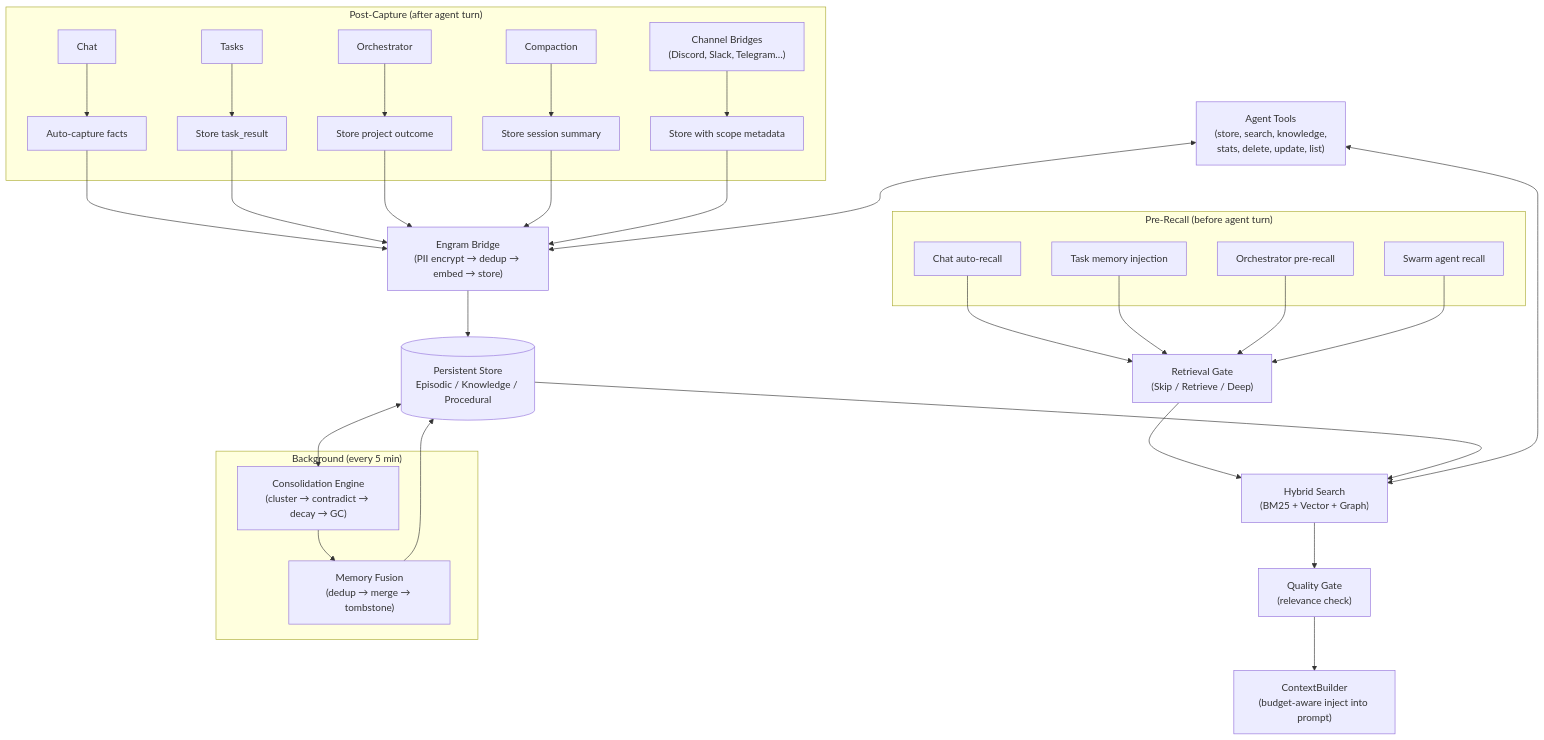
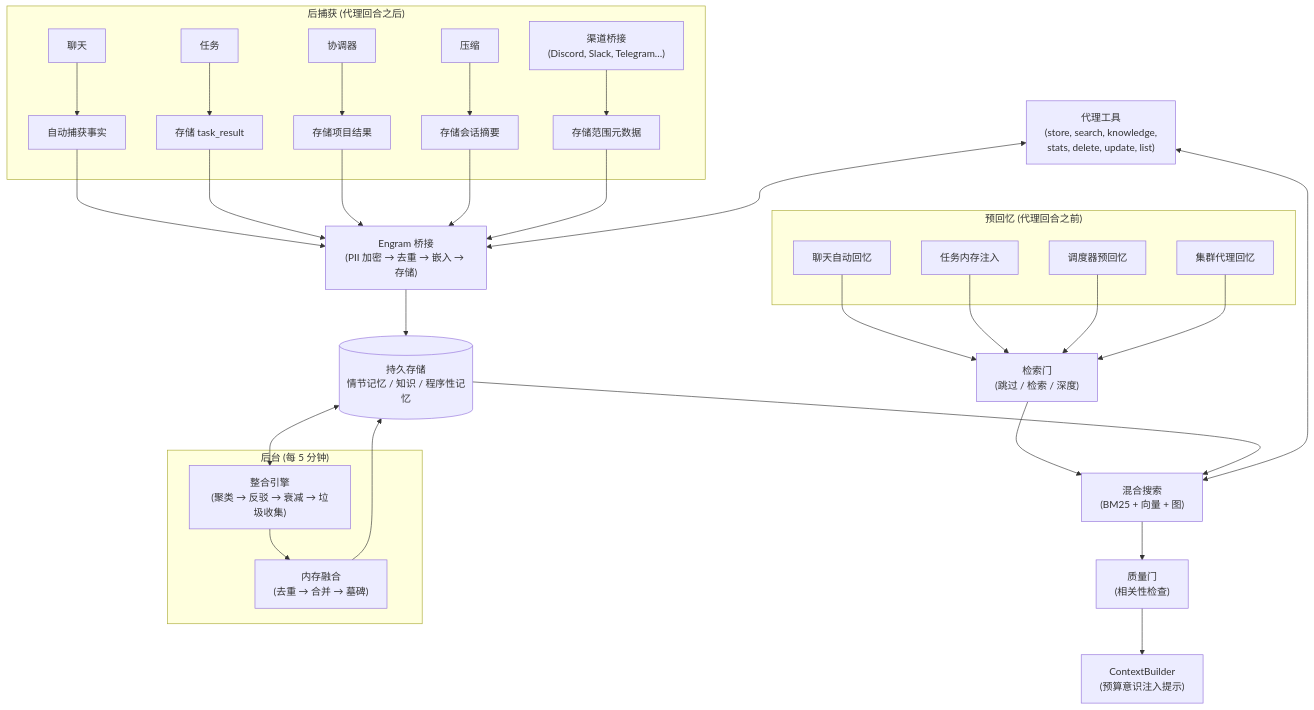
Diagram 14 of 20 in docs/research/zh/engram.md (WeiLinCool/openpawz), drawn with Mermaid before and after one commit. The commit also changed other lines of this file and 7 other files, not shown here.

````diff
--- a/docs/research/zh/engram.md
+++ b/docs/research/zh/engram.md
@@ -1084,38 +1084,38 @@
 ```mermaid
 flowchart TD
-    subgraph Recall["Pre-Recall (before agent turn)"]
-        R1["Chat auto-recall"]
-        R2["Task memory injection"]
-        R3["Orchestrator pre-recall"]
-        R4["Swarm agent recall"]
+    subgraph Recall["预回忆 (代理回合之前)"]
+        R1["聊天自动回忆"]
+        R2["任务内存注入"]
+        R3["调度器预回忆"]
+        R4["集群代理回忆"]
     end
 
-    subgraph Capture["Post-Capture (after agent turn)"]
-        CH["Chat"] --> PC["Auto-capture facts"]
-        TA["Tasks"] --> PC2["Store task_result"]
-        OR["Orchestrator"] --> PC3["Store project outcome"]
-        CO["Compaction"] --> PC4["Store session summary"]
-        CB["Channel Bridges\n(Discord, Slack, Telegram…)"] --> PC5["Store with scope metadata"]
+    subgraph Capture["后捕获 (代理回合之后)"]
+        CH["聊天"] --> PC["自动捕获事实"]
+        TA["任务"] --> PC2["存储 task_result"]
+        OR["协调器"] --> PC3["存储项目结果"]
+        CO["压缩"] --> PC4["存储会话摘要"]
+        CB["渠道桥接\n(Discord, Slack, Telegram…)"] --> PC5["存储范围元数据"]
     end
 
-    R1 & R2 & R3 & R4 --> RG["Retrieval Gate\n(Skip / Retrieve / Deep)"]
-    RG --> HS["Hybrid Search\n(BM25 + Vector + Graph)"]
-    HS --> QG["Quality Gate\n(relevance check)"]
-    QG --> CTX["ContextBuilder\n(budget-aware inject into prompt)"]
+    R1 & R2 & R3 & R4 --> RG["检索门\n(跳过 / 检索 / 深度)"]
+    RG --> HS["混合搜索\n(BM25 + 向量 + 图)"]
+    HS --> QG["质量门\n(相关性检查)"]
+    QG --> CTX["ContextBuilder\n(预算意识注入提示)"]
 
-    PC & PC2 & PC3 & PC4 & PC5 --> BR["Engram Bridge\n(PII encrypt → dedup → embed → store)"]
-    BR --> DB[("Persistent Store\nEpisodic / Knowledge / Procedural")]
+    PC & PC2 & PC3 & PC4 & PC5 --> BR["Engram 桥接\n(PII 加密 → 去重 → 嵌入 → 存储)"]
+    BR --> DB[("持久存储\n情节记忆 / 知识 / 程序性记忆")]
     DB --> HS
 
-    AT["Agent Tools\n(store, search, knowledge,\nstats, delete, update, list)"] <--> BR
+    AT["代理工具\n(store, search, knowledge,\nstats, delete, update, list)"] <--> BR
     AT <--> HS
 
-    subgraph Background["Background (every 5 min)"]
-        CON["Consolidation Engine\n(cluster → contradict → decay → GC)"]
-        FUS["Memory Fusion\n(dedup → merge → tombstone)"]
+    subgraph Background["后台 (每 5 分钟)"]
+        CON["整合引擎\n(聚类 → 反驳 → 衰减 → 垃圾收集)"]
+        FUS["内存融合\n(去重 → 合并 → 墓碑)"]
     end
 
     DB <--> CON
     CON --> FUS
     FUS --> DB
 ```
````
